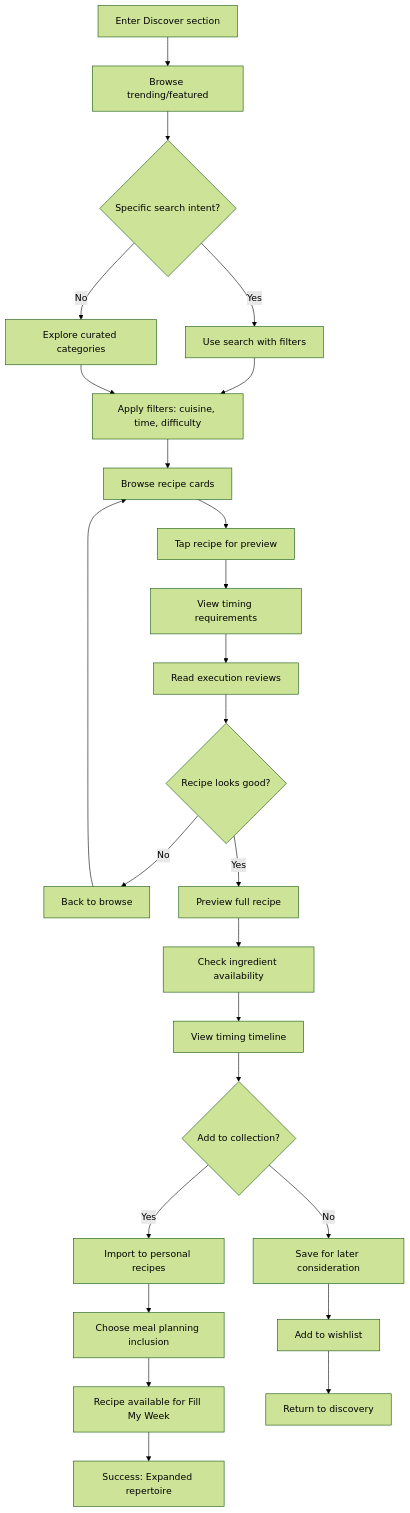
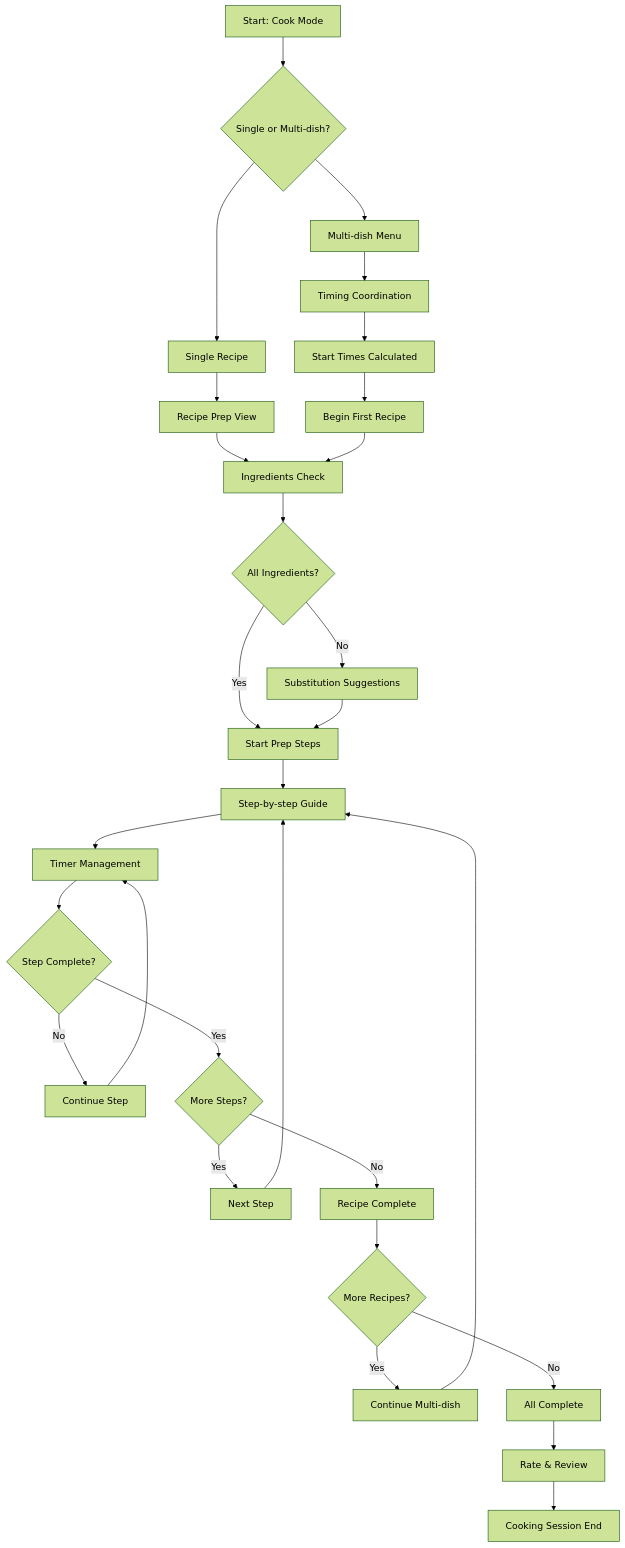
One commit to timayz/imkitchen changed the third of 3 diagrams in docs/frontend/user-flows.md. Above: the diagram before and after it, drawn with Mermaid (forest theme). The commit also changed other lines of this file and 149 other files, not shown here.

````diff
--- a/docs/frontend/user-flows.md
+++ b/docs/frontend/user-flows.md
@@ -120,31 +112,37 @@
 ```mermaid
 graph TD
-    A[Enter Discover section] --> B[Browse trending/featured]
-    B --> C{Specific search intent?}
-    C -->|Yes| D[Use search with filters]
-    C -->|No| E[Explore curated categories]
+    A[Start: Cook Mode] --> B{Single or Multi-dish?}
+    B --> C[Single Recipe]
+    B --> D[Multi-dish Menu]
     
-    D --> F[Apply filters: cuisine, time, difficulty]
-    E --> F
-    F --> G[Browse recipe cards]
-    G --> H[Tap recipe for preview]
-    H --> I[View timing requirements]
-    I --> J[Read execution reviews]
-    J --> K{Recipe looks good?}
-    K -->|No| L[Back to browse]
-    K -->|Yes| M[Preview full recipe]
+    C --> E[Recipe Prep View]
+    D --> F[Timing Coordination]
+    F --> G[Start Times Calculated]
+    G --> H[Begin First Recipe]
     
-    L --> G
-    M --> N[Check ingredient availability]
-    N --> O[View timing timeline]
-    O --> P{Add to collection?}
-    P -->|Yes| Q[Import to personal recipes]
-    P -->|No| R[Save for later consideration]
+    E --> I[Ingredients Check]
+    H --> I
+    I --> J{All Ingredients?}
+    J -->|No| K[Substitution Suggestions]
+    J -->|Yes| L[Start Prep Steps]
+    K --> L
     
-    Q --> S[Choose meal planning inclusion]
-    S --> T[Recipe available for Fill My Week]
-    T --> U[Success: Expanded repertoire]
+    L --> M[Step-by-step Guide]
+    M --> N[Timer Management]
+    N --> O{Step Complete?}
+    O -->|No| P[Continue Step]
+    O -->|Yes| Q{More Steps?}
     
-    R --> V[Add to wishlist]
-    V --> W[Return to discovery]
+    P --> N
+    Q -->|Yes| R[Next Step]
+    Q -->|No| S[Recipe Complete]
+    
+    R --> M
+    S --> T{More Recipes?}
+    T -->|Yes| U[Continue Multi-dish]
+    T -->|No| V[All Complete]
+    
+    U --> M
+    V --> W[Rate & Review]
+    W --> X[Cooking Session End]
 ```
````
